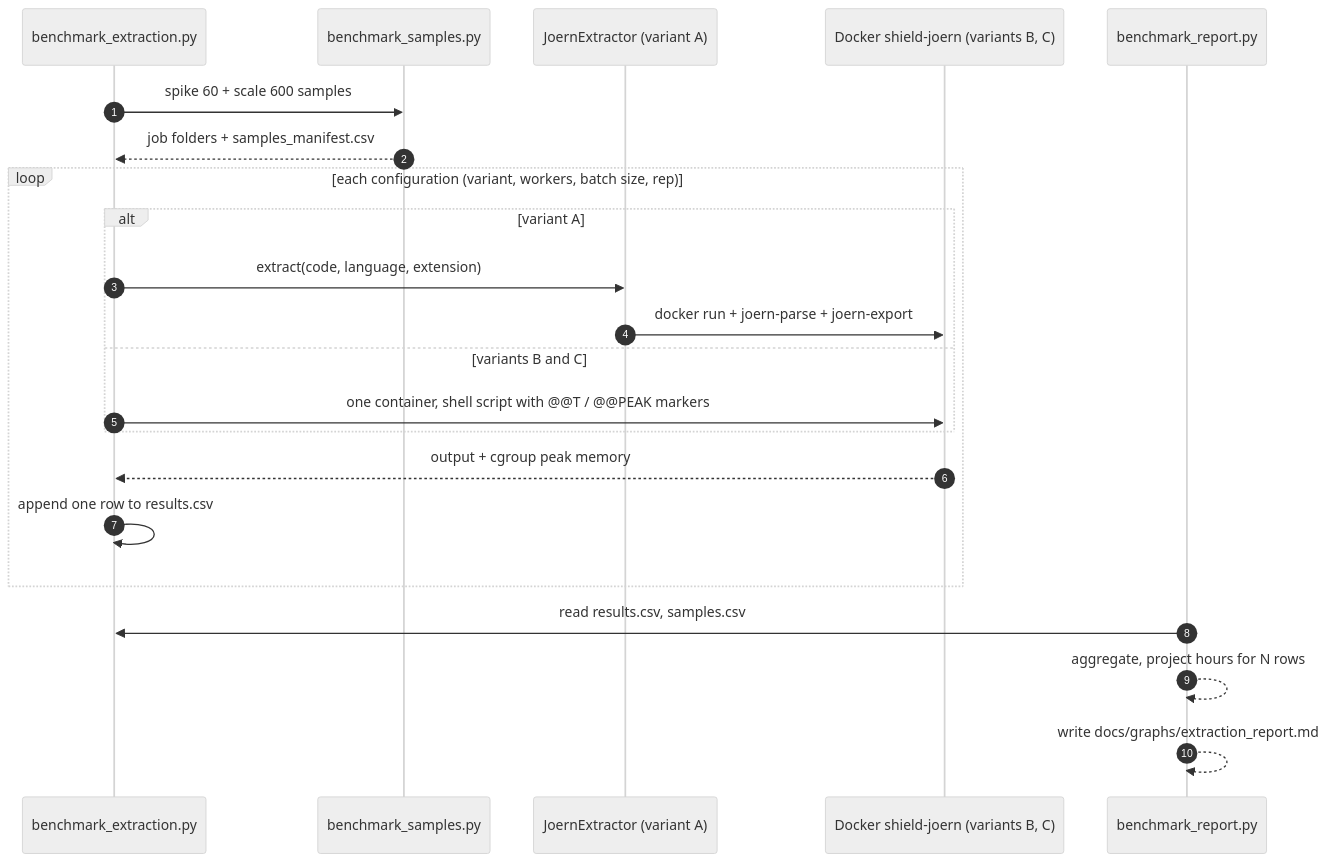
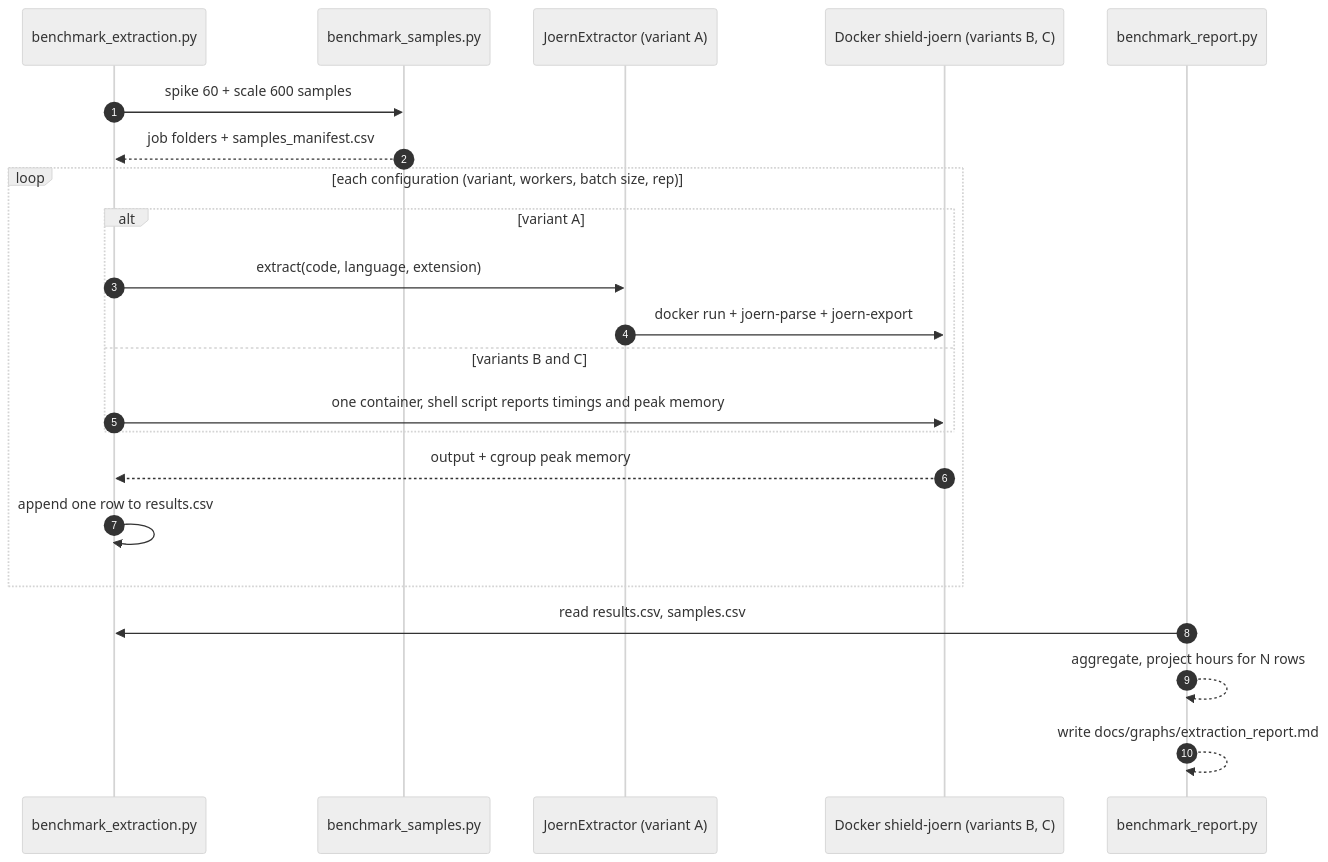
Before and after one commit to Mar-SHieee/NHA-5-186: the diagram in docs/project/W2-P2-05_extraction_benchmark_plan.md, drawn with Mermaid (neutral theme). The commit also changed 1 other file, not shown here.

Commit message:
docs: fix benchmark Mermaid diagram

````diff
--- a/docs/project/W2-P2-05_extraction_benchmark_plan.md
+++ b/docs/project/W2-P2-05_extraction_benchmark_plan.md
@@ -551,24 +551,24 @@
 ```mermaid
 sequenceDiagram
     autonumber
     participant B as benchmark_extraction.py
     participant S as benchmark_samples.py
     participant A as JoernExtractor (variant A)
     participant D as Docker shield-joern (variants B, C)
     participant R as benchmark_report.py
     B->>S: spike 60 + scale 600 samples
     S-->>B: job folders + samples_manifest.csv
     loop each configuration (variant, workers, batch size, rep)
         alt variant A
             B->>A: extract(code, language, extension)
             A->>D: docker run + joern-parse + joern-export
         else variants B and C
-            B->>D: one container, shell script with @@T / @@PEAK markers
+            B->>D: one container, shell script reports timings and peak memory
         end
         D-->>B: output + cgroup peak memory
         B->>B: append one row to results.csv
     end
     R->>B: read results.csv, samples.csv
     R-->>R: aggregate, project hours for N rows
     R-->>R: write docs/graphs/extraction_report.md
 ```
````
